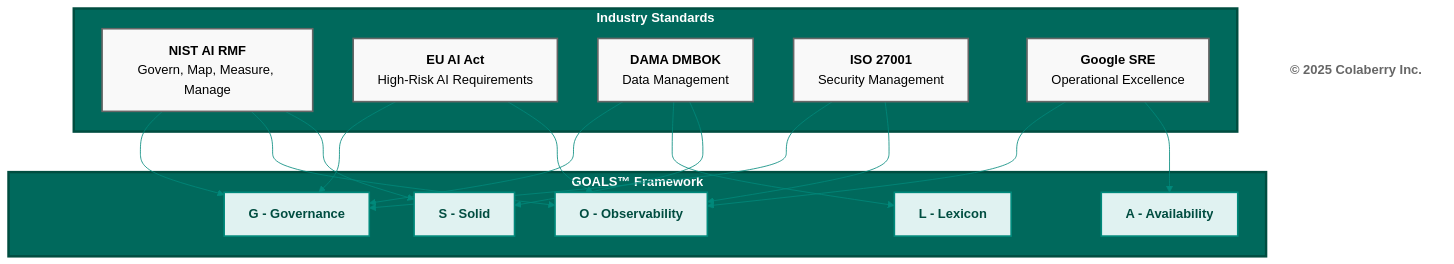
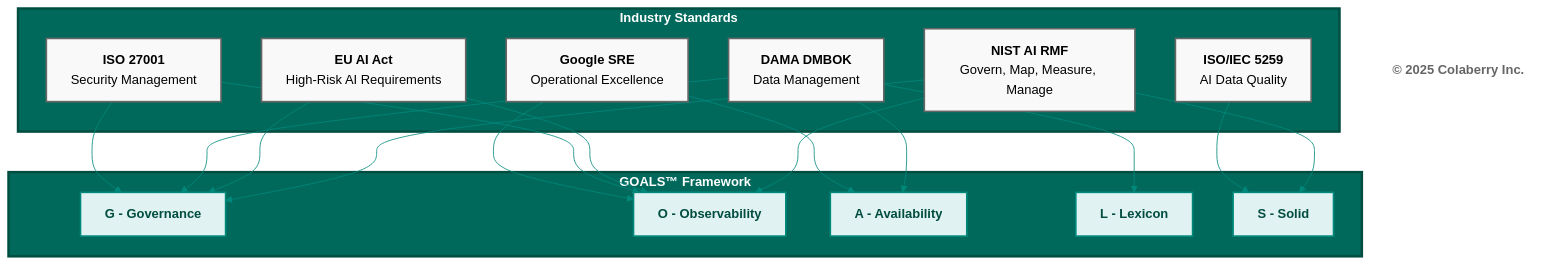
The third of 3 diagrams in manuscript/appendix/appendix_da2_goals_framework_reference.md (saitejesh-cyber/trust-before-intelligence-book), drawn with Mermaid before and after one commit. The commit also changed other lines of this file and 1 other file, not shown here.

````diff
--- a/manuscript/appendix/appendix_da2_goals_framework_reference.md
+++ b/manuscript/appendix/appendix_da2_goals_framework_reference.md
@@ -461,48 +511,51 @@
 ```mermaid
 %%{init: {'theme':'base', 'themeVariables': { 'primaryColor':'#e0f2f1','primaryTextColor':'#004d40','primaryBorderColor':'#00897b','lineColor':'#00897b','secondaryColor':'#f0fff0','tertiaryColor':'#fff'}}}%%
 
 graph TB
     subgraph GOALS["<b>GOALS™ Framework</b>"]
         G["<b>G - Governance</b>"]
         O["<b>O - Observability</b>"]
         A["<b>A - Availability</b>"]
         L["<b>L - Lexicon</b>"]
         S["<b>S - Solid</b>"]
     end
     
     subgraph STANDARDS["<b>Industry Standards</b>"]
         NIST["<b>NIST AI RMF</b><br/>Govern, Map, Measure, Manage"]
         EU["<b>EU AI Act</b><br/>High-Risk AI Requirements"]
         DAMA["<b>DAMA DMBOK</b><br/>Data Management"]
-        ISO["<b>ISO 27001</b><br/>Security Management"]
+        ISO27["<b>ISO 27001</b><br/>Security Management"]
+        ISO5259["<b>ISO/IEC 5259</b><br/>AI Data Quality"]
         SRE["<b>Google SRE</b><br/>Operational Excellence"]
     end
     
     NIST --> G
     NIST --> O
     NIST --> S
     
     EU --> G
     EU --> O
     
     DAMA --> G
     DAMA --> L
-    DAMA --> S
+    DAMA --> A
     
-    ISO --> G
-    ISO --> O
+    ISO27 --> G
+    ISO27 --> O
+    
+    ISO5259 --> S
     
     SRE --> O
     SRE --> A
     
     Copyright["<b>© 2025 Colaberry Inc.</b>"]
     
     classDef goalBox fill:#e0f2f1,stroke:#00897b,stroke-width:2px,color:#004d40
     classDef standardBox fill:#f9f9f9,stroke:#666666,stroke-width:2px,color:#000000
     classDef framework fill:#00695c,stroke:#004d40,stroke-width:3px,color:#ffffff
     
     class G,O,A,L,S goalBox
-    class NIST,EU,DAMA,ISO,SRE standardBox
+    class NIST,EU,DAMA,ISO27,ISO5259,SRE standardBox
     class GOALS,STANDARDS framework
     style Copyright fill:#ffffff,stroke:none,color:#666666
 ```
````
